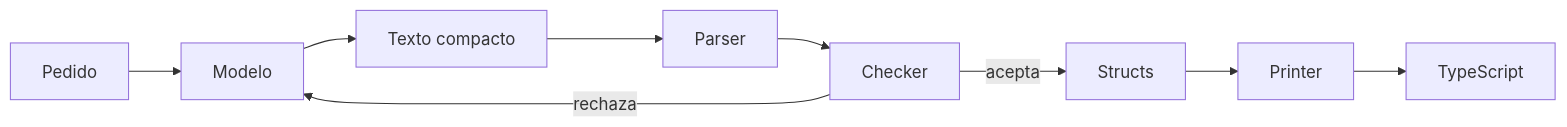
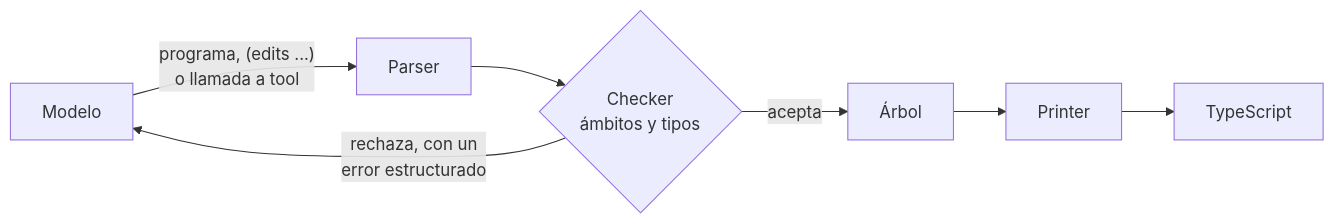
One commit to R4F405/Nodast changed the diagram in README.es.md. Above: the diagram before and after it, drawn with Mermaid. The commit also changed other lines of this file and 1 other file, not shown here.

````diff
--- a/README.es.md
+++ b/README.es.md
@@ -40,11 +80,9 @@
 ```mermaid
 flowchart LR
-  pedido[Pedido] --> modelo[Modelo]
-  modelo --> texto[Texto compacto]
-  texto --> parser[Parser]
-  parser --> checker[Checker]
-  checker -->|acepta| memoria[Structs]
-  memoria --> printer[Printer]
-  printer --> ts[TypeScript]
-  checker -->|rechaza| modelo
+  model["Modelo"] -- "programa, (edits ...)<br/>o llamada a tool" --> parser["Parser"]
+  parser --> checker{"Checker<br/>ámbitos y tipos"}
+  checker -- "acepta" --> tree["Árbol"]
+  tree --> printer["Printer"]
+  printer --> ts["TypeScript"]
+  checker -- "rechaza, con un<br/>error estructurado" --> model
 ```
````
